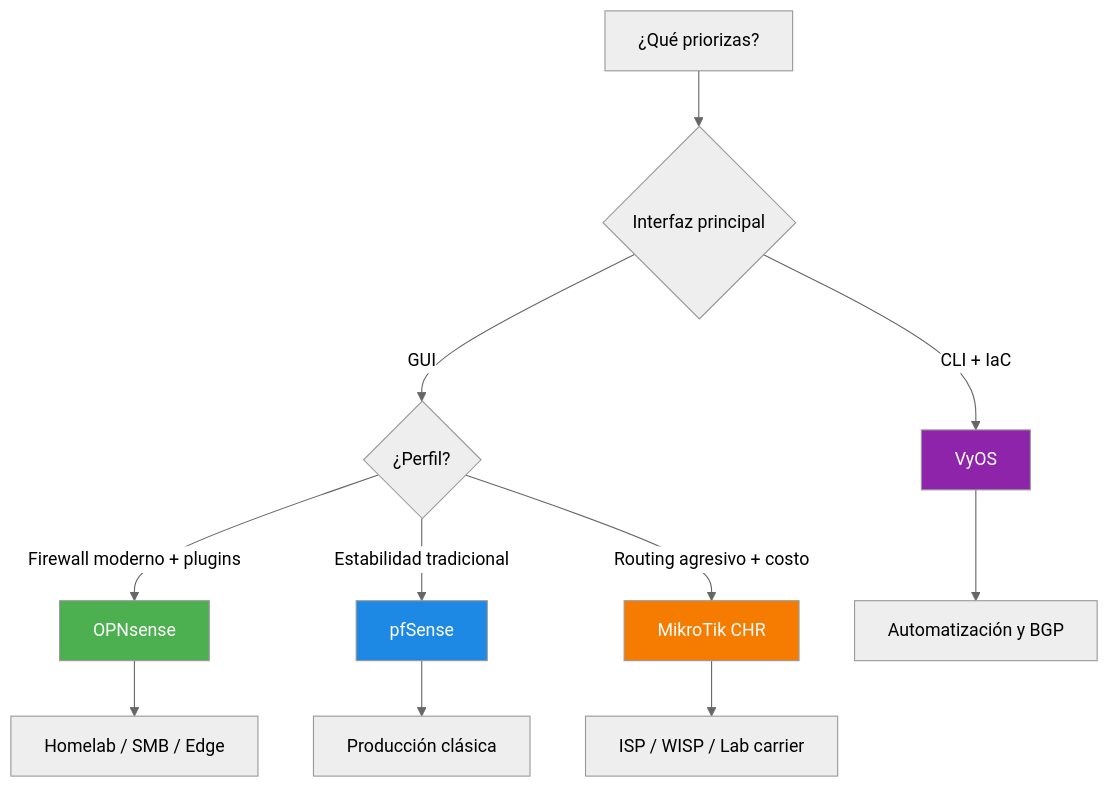
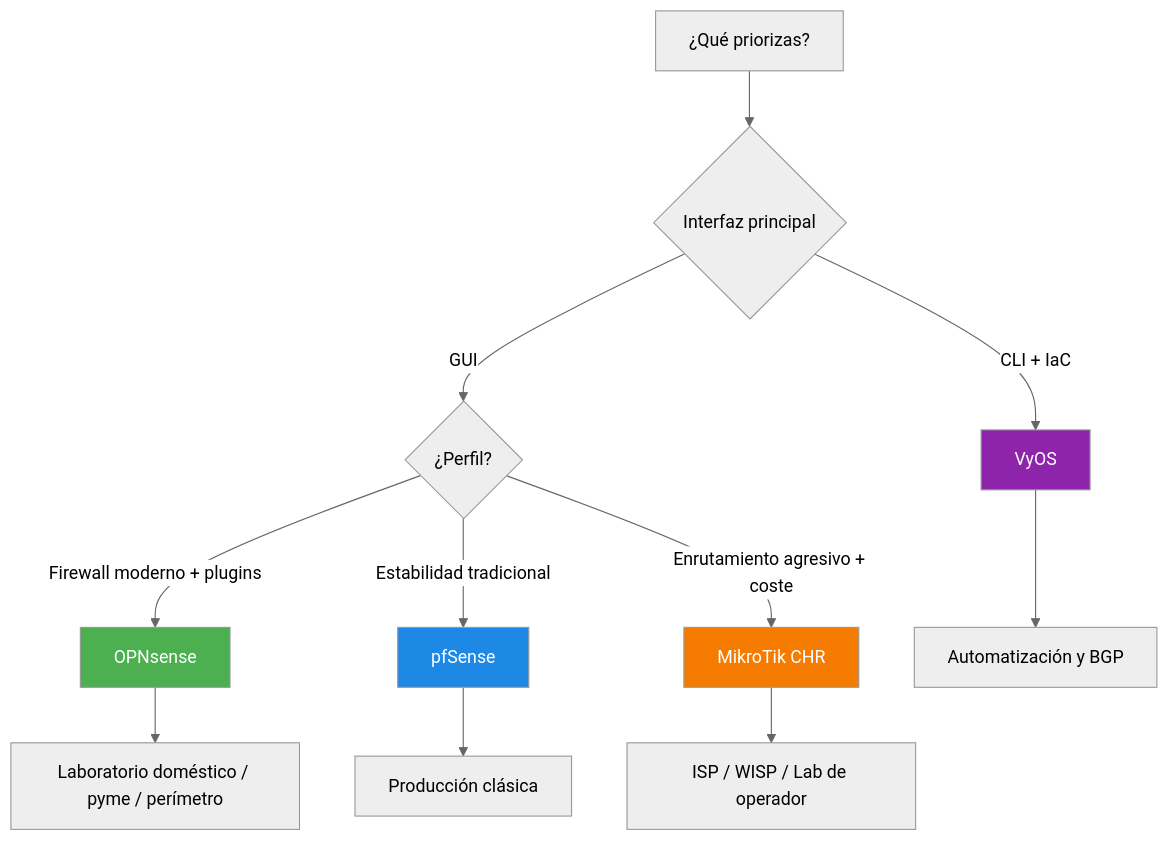
One commit to rasty94/Frikiteam-docs changed the diagram in docs/doc/networking/vrouters.md. Above: the diagram before and after it, drawn with Mermaid (neutral theme). The commit also changed other lines of this file and 8 other files, not shown here.

````diff
--- a/docs/doc/networking/vrouters.md
+++ b/docs/doc/networking/vrouters.md
@@ -93,21 +93,21 @@
 ```mermaid
 flowchart TD
     A[¿Qué priorizas?] --> B{Interfaz principal}
 
     B -->|GUI| C{¿Perfil?}
     B -->|CLI + IaC| D[VyOS]
 
     C -->|Firewall moderno + plugins| E[OPNsense]
     C -->|Estabilidad tradicional| F[pfSense]
-    C -->|Routing agresivo + costo| G[MikroTik CHR]
+    C -->|Enrutamiento agresivo + coste| G[MikroTik CHR]
 
-    E --> H[Homelab / SMB / Edge]
+    E --> H[Laboratorio doméstico / pyme / perímetro]
     F --> I[Producción clásica]
-    G --> J[ISP / WISP / Lab carrier]
+    G --> J[ISP / WISP / Lab de operador]
     D --> K[Automatización y BGP]
 
     style E fill:#4caf50,color:#ffffff
     style F fill:#1e88e5,color:#ffffff
     style G fill:#f57c00,color:#ffffff
     style D fill:#8e24aa,color:#ffffff
 ```
````
